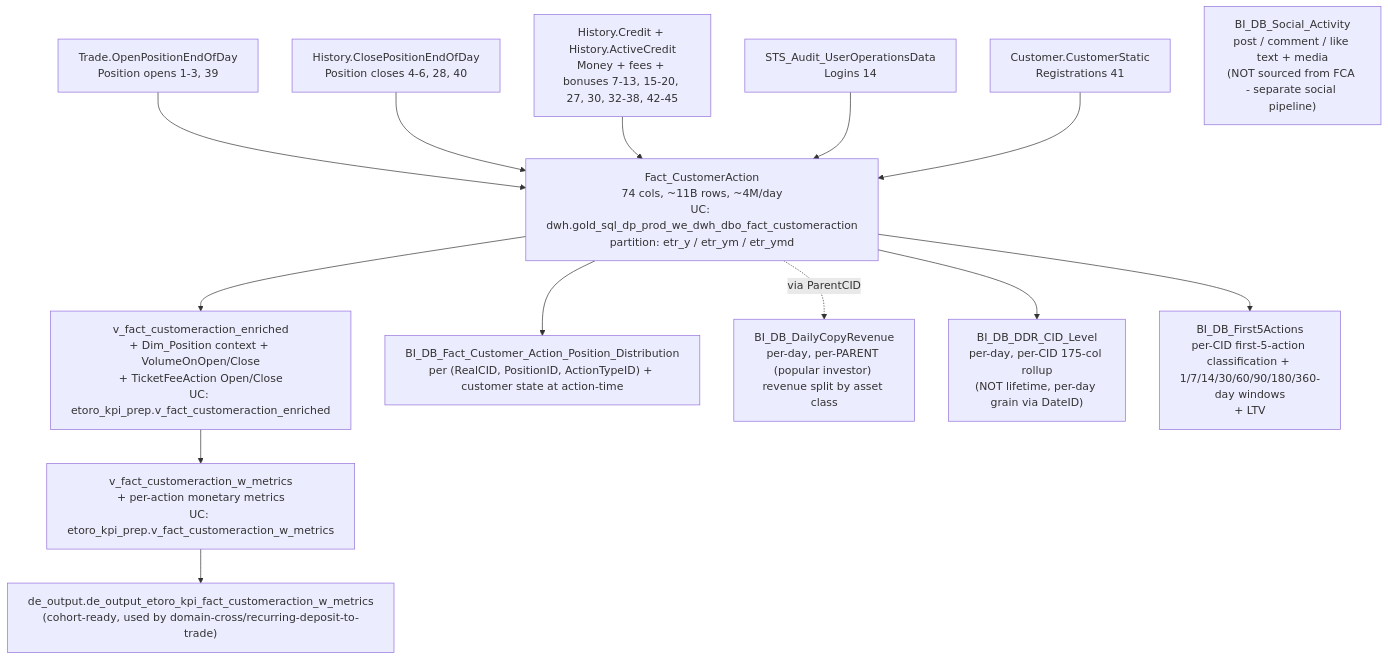
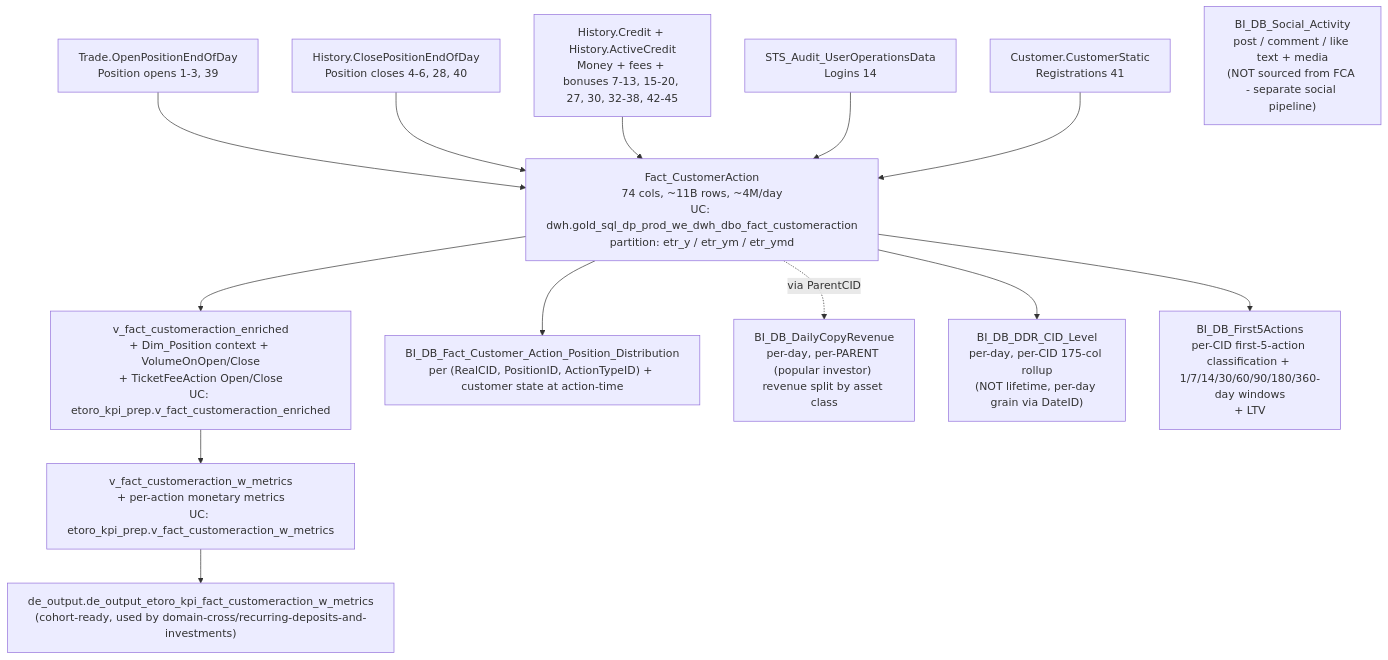
The diagram in knowledge/skills/domain-customer-and-identity/customer-action-audit-trail.md (guyman-tr/Databricks_Knowledge), drawn with Mermaid before and after one commit. The commit also changed other lines of this file and 460 other files, not shown here.

````diff
--- a/knowledge/skills/domain-customer-and-identity/customer-action-audit-trail.md
+++ b/knowledge/skills/domain-customer-and-identity/customer-action-audit-trail.md
@@ -164,20 +164,20 @@
 ```mermaid
 graph TB
     Trade["Trade.OpenPositionEndOfDay<br/>Position opens 1-3, 39"] --> FCA
     Close["History.ClosePositionEndOfDay<br/>Position closes 4-6, 28, 40"] --> FCA
     Credit["History.Credit + History.ActiveCredit<br/>Money + fees + bonuses 7-13, 15-20, 27, 30, 32-38, 42-45"] --> FCA
     STS["STS_Audit_UserOperationsData<br/>Logins 14"] --> FCA
     Reg["Customer.CustomerStatic<br/>Registrations 41"] --> FCA
 
     FCA["Fact_CustomerAction<br/>74 cols, ~11B rows, ~4M/day<br/>UC: dwh.gold_sql_dp_prod_we_dwh_dbo_fact_customeraction<br/>partition: etr_y / etr_ym / etr_ymd"]
 
     FCA --> Enr["v_fact_customeraction_enriched<br/>+ Dim_Position context + VolumeOnOpen/Close<br/>+ TicketFeeAction Open/Close<br/>UC: etoro_kpi_prep.v_fact_customeraction_enriched"]
     Enr --> WM["v_fact_customeraction_w_metrics<br/>+ per-action monetary metrics<br/>UC: etoro_kpi_prep.v_fact_customeraction_w_metrics"]
-    WM --> WMstg["de_output.de_output_etoro_kpi_fact_customeraction_w_metrics<br/>(cohort-ready, used by domain-cross/recurring-deposit-to-trade)"]
+    WM --> WMstg["de_output.de_output_etoro_kpi_fact_customeraction_w_metrics<br/>(cohort-ready, used by domain-cross/recurring-deposits-and-investments)"]
 
     FCA --> Pos["BI_DB_Fact_Customer_Action_Position_Distribution<br/>per (RealCID, PositionID, ActionTypeID) + customer state at action-time"]
     FCA -.via ParentCID.-> Copy["BI_DB_DailyCopyRevenue<br/>per-day, per-PARENT (popular investor) revenue split by asset class"]
     Soc["BI_DB_Social_Activity<br/>post / comment / like text + media<br/>(NOT sourced from FCA - separate social pipeline)"]
     FCA --> DDR["BI_DB_DDR_CID_Level<br/>per-day, per-CID 175-col rollup<br/>(NOT lifetime, per-day grain via DateID)"]
     FCA --> F5["BI_DB_First5Actions<br/>per-CID first-5-action classification + 1/7/14/30/60/90/180/360-day windows<br/>+ LTV"]
 ```
````
